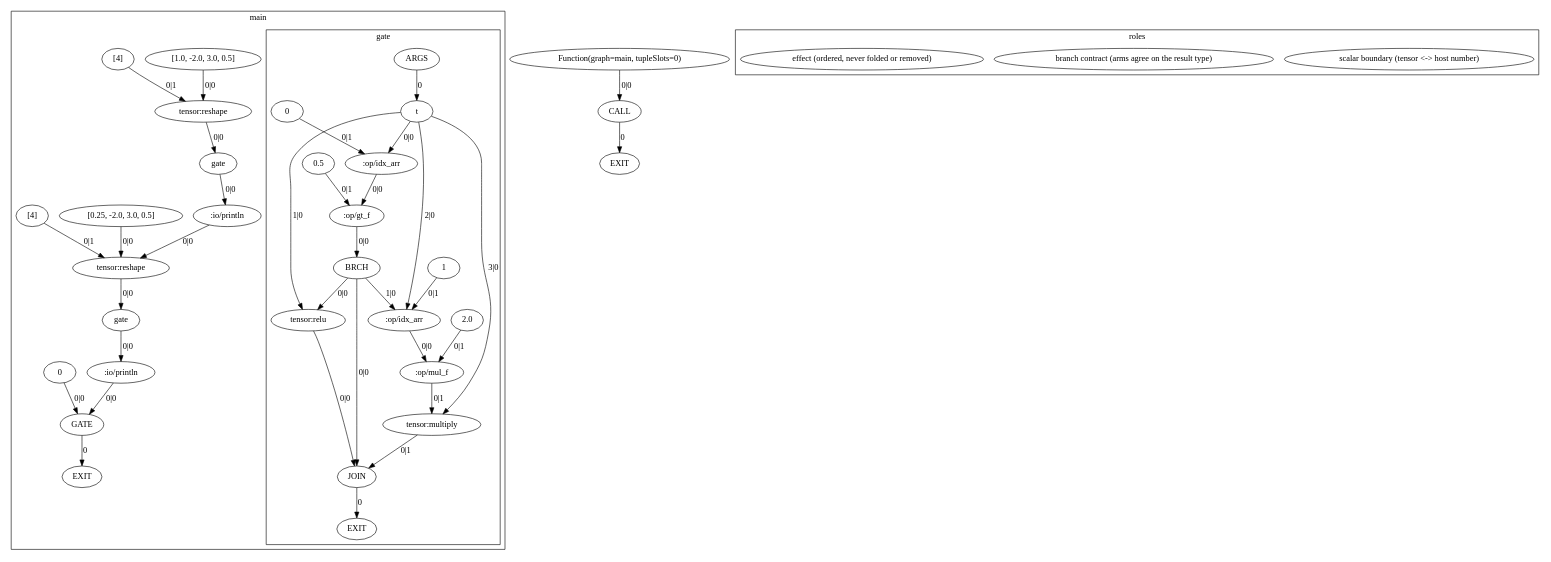
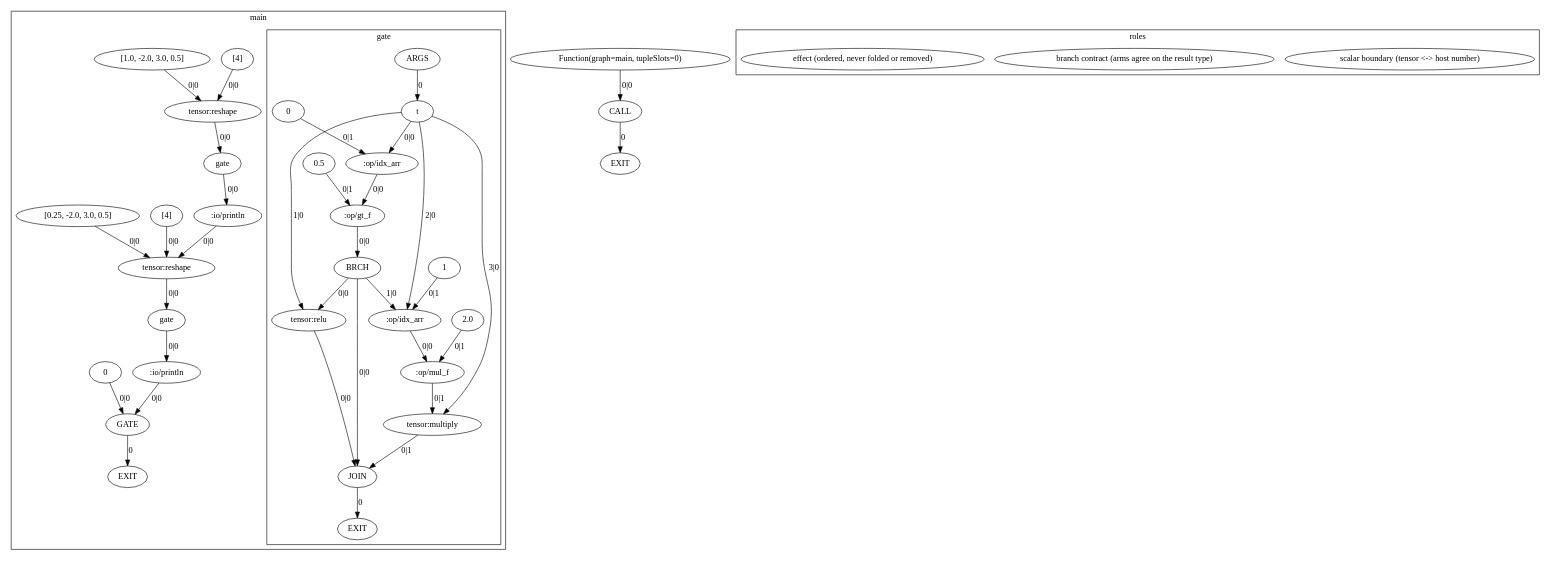
Before and after one commit to OpenCML/Camel: the diagram in exemplars/01_scalar_boundary/expected/dump.agir.dot, drawn with Graphviz. The commit also changed 463 other files, not shown here.

First line of the commit message:
feat(tensor): the configuration of reshape and the axis reductions is written in angle brackets

```diff
--- a/exemplars/01_scalar_boundary/expected/dump.agir.dot
+++ b/exemplars/01_scalar_boundary/expected/dump.agir.dot
@@ -1,78 +1,78 @@
 digraph GraphIR {
     subgraph cluster_F01 {
         label="main";
         subgraph cluster_F02 {
             label="gate";
             F02 [label="ARGS", type="ARGS"];
             O02 [label="EXIT", type="EXIT"];
             N00 [label="t", type="PORT", param_name="t", param_kind="normal", param_index="0", value_type="f32[4]", origin=<ORIGIN>, span="12:10-12:19", srcfile="exemplars/01_scalar_boundary/program.cml"];
             N01 [label="0", type="DATA", origin=<ORIGIN>, span="13:16-13:17", srcfile="exemplars/01_scalar_boundary/program.cml", value_type="int"];
             N02 [label=":op/idx_arr", type="OPER", role="scalar-boundary", origin=<ORIGIN>, span="13:15-13:16", srcfile="exemplars/01_scalar_boundary/program.cml", value_type="f32"];
             N03 [label="0.5", type="DATA", origin=<ORIGIN>, span="13:21-13:24", srcfile="exemplars/01_scalar_boundary/program.cml", value_type="f32"];
             N04 [label=":op/gt_f", type="OPER", origin=<ORIGIN>, span="13:19-13:20", srcfile="exemplars/01_scalar_boundary/program.cml", value_type="bool"];
             N05 [label="JOIN", type="JOIN", role="branch-contract", origin=<ORIGIN>, span="13:11-13:59", srcfile="exemplars/01_scalar_boundary/program.cml", value_type="f32[4]"];
             N06 [label="BRCH", type="BRCH", origin=<ORIGIN>, span="13:11-13:59", srcfile="exemplars/01_scalar_boundary/program.cml", value_type="int"];
             N07 [label="tensor:relu", type="OPER", origin=<ORIGIN>, span="13:30-13:34", srcfile="exemplars/01_scalar_boundary/program.cml", value_type="f32[4]"];
             N08 [label="1", type="DATA", origin=<ORIGIN>, span="13:50-13:51", srcfile="exemplars/01_scalar_boundary/program.cml", value_type="int"];
             N09 [label=":op/idx_arr", type="OPER", role="scalar-boundary", origin=<ORIGIN>, span="13:49-13:50", srcfile="exemplars/01_scalar_boundary/program.cml", value_type="f32"];
             N0A [label="2.0", type="DATA", origin=<ORIGIN>, span="13:55-13:58", srcfile="exemplars/01_scalar_boundary/program.cml", value_type="f32"];
             N0B [label=":op/mul_f", type="OPER", origin=<ORIGIN>, span="13:53-13:54", srcfile="exemplars/01_scalar_boundary/program.cml", value_type="f32"];
             N0C [label="tensor:multiply", type="OPER", role="scalar-boundary", origin=<ORIGIN>, span="13:45-13:46", srcfile="exemplars/01_scalar_boundary/program.cml", value_type="f32[4]"];
             F02 -> N00 [label="0", type="NORM_PORT"];
             N05 -> O02 [label="0", type="EXIT"];
             N00 -> N02 [label="0|0", type="NORM"];
             N01 -> N02 [label="0|1", type="NORM"];
             N02 -> N04 [label="0|0", type="NORM"];
             N03 -> N04 [label="0|1", type="NORM"];
             N07 -> N05 [label="0|0", type="WITH"];
             N0C -> N05 [label="0|1", type="WITH"];
             N06 -> N05 [label="0|0", type="NORM"];
             N04 -> N06 [label="0|0", type="NORM"];
             N00 -> N07 [label="1|0", type="NORM"];
             N06 -> N07 [label="0|0", type="CTRL"];
             N00 -> N09 [label="2|0", type="NORM"];
             N08 -> N09 [label="0|1", type="NORM"];
             N06 -> N09 [label="1|0", type="CTRL"];
             N09 -> N0B [label="0|0", type="NORM"];
             N0A -> N0B [label="0|1", type="NORM"];
             N00 -> N0C [label="3|0", type="NORM"];
             N0B -> N0C [label="0|1", type="NORM"];
         }
         O01 [label="EXIT", type="EXIT"];
-        N0D [label="[1.0, -2.0, 3.0, 0.5]", type="DATA", origin=<ORIGIN>, span="17:25-17:55", srcfile="exemplars/01_scalar_boundary/program.cml", value_type="f32[]"];
-        N0E [label="[4]", type="DATA", origin=<ORIGIN>, span="17:57-17:60", srcfile="exemplars/01_scalar_boundary/program.cml", value_type="int[]"];
-        N0F [label="tensor:reshape", type="OPER", origin=<ORIGIN>, span="17:17-17:24", srcfile="exemplars/01_scalar_boundary/program.cml", value_type="f32[4]"];
+        N0D [label="[4]", type="DATA", origin=<ORIGIN>, span="17:25-17:28", srcfile="exemplars/01_scalar_boundary/program.cml", value_type="int[]"];
+        N0E [label="[1.0, -2.0, 3.0, 0.5]", type="DATA", origin=<ORIGIN>, span="17:30-17:60", srcfile="exemplars/01_scalar_boundary/program.cml", value_type="f32[]"];
+        N0F [label="tensor:reshape", type="OPER", origin=<ORIGIN>, span="17:24-17:29", srcfile="exemplars/01_scalar_boundary/program.cml", value_type="f32[4]"];
         N10 [label="gate", type="FUNC", origin=<ORIGIN>, span="17:12-17:62", srcfile="exemplars/01_scalar_boundary/program.cml", value_type="f32[4]"];
         N11 [label=":io/println", type="OPER", role="effect", origin=<ORIGIN>, span="17:4-17:11", srcfile="exemplars/01_scalar_boundary/program.cml", value_type="f32[4]"];
-        N12 [label="[0.25, -2.0, 3.0, 0.5]", type="DATA", origin=<ORIGIN>, span="18:25-18:56", srcfile="exemplars/01_scalar_boundary/program.cml", value_type="f32[]"];
-        N13 [label="[4]", type="DATA", origin=<ORIGIN>, span="18:58-18:61", srcfile="exemplars/01_scalar_boundary/program.cml", value_type="int[]"];
-        N14 [label="tensor:reshape", type="OPER", origin=<ORIGIN>, span="18:17-18:24", srcfile="exemplars/01_scalar_boundary/program.cml", value_type="f32[4]"];
+        N12 [label="[4]", type="DATA", origin=<ORIGIN>, span="18:25-18:28", srcfile="exemplars/01_scalar_boundary/program.cml", value_type="int[]"];
+        N13 [label="[0.25, -2.0, 3.0, 0.5]", type="DATA", origin=<ORIGIN>, span="18:30-18:61", srcfile="exemplars/01_scalar_boundary/program.cml", value_type="f32[]"];
+        N14 [label="tensor:reshape", type="OPER", origin=<ORIGIN>, span="18:24-18:29", srcfile="exemplars/01_scalar_boundary/program.cml", value_type="f32[4]"];
         N15 [label="gate", type="FUNC", origin=<ORIGIN>, span="18:12-18:63", srcfile="exemplars/01_scalar_boundary/program.cml", value_type="f32[4]"];
         N16 [label=":io/println", type="OPER", role="effect", origin=<ORIGIN>, span="18:4-18:11", srcfile="exemplars/01_scalar_boundary/program.cml", value_type="f32[4]"];
         N17 [label="0", type="DATA", origin=<ORIGIN>, span="19:11-19:12", srcfile="exemplars/01_scalar_boundary/program.cml", value_type="int"];
         N18 [label="GATE", type="GATE", value_type="int"];
         N18 -> O01 [label="0", type="EXIT"];
-        N0D -> N0F [label="0|0", type="NORM"];
-        N0E -> N0F [label="0|1", type="NORM"];
+        N0D -> N0F [label="0|0", type="WITH"];
+        N0E -> N0F [label="0|0", type="NORM"];
         N0F -> N10 [label="0|0", type="NORM"];
         N10 -> N11 [label="0|0", type="NORM"];
-        N12 -> N14 [label="0|0", type="NORM"];
-        N13 -> N14 [label="0|1", type="NORM"];
+        N12 -> N14 [label="0|0", type="WITH"];
+        N13 -> N14 [label="0|0", type="NORM"];
         N11 -> N14 [label="0|0", type="CTRL"];
         N14 -> N15 [label="0|0", type="NORM"];
         N15 -> N16 [label="0|0", type="NORM"];
         N17 -> N18 [label="0|0", type="NORM"];
         N16 -> N18 [label="0|0", type="CTRL"];
     }
     O00 [label="EXIT", type="EXIT"];
     N19 [label="Function(graph=main, tupleSlots=0)", type="DATA", origin=<ORIGIN>, span="16:0-20:1", srcfile="exemplars/01_scalar_boundary/program.cml", value_type="() => int uses stdout"];
     N1A [label="CALL", type="CALL", value_type="int"];
     N1A -> O00 [label="0", type="EXIT"];
     N19 -> N1A [label="0|0", type="WITH"];
     subgraph cluster_legend {
         label="roles";
         "legend_scalar-boundary" [label="scalar boundary (tensor <-> host number)", type="LEGEND", role="scalar-boundary"];
         "legend_branch-contract" [label="branch contract (arms agree on the result type)", type="LEGEND", role="branch-contract"];
         "legend_effect" [label="effect (ordered, never folded or removed)", type="LEGEND", role="effect"];
     }
 }
```
